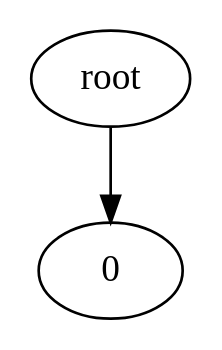
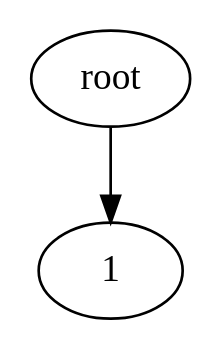
Before and after one commit to mawahab/logisim-evolution: the diagram in bdd.dot, drawn with Graphviz. The commit also changed 47 other files, not shown here.

```diff
--- a/bdd.dot
+++ b/bdd.dot
@@ -1,5 +1,5 @@
 digraph G {
 root[label="root"]
-root->n0
-n0[label="0"]
+root->n1
+n1[label="1"]
 }
```
